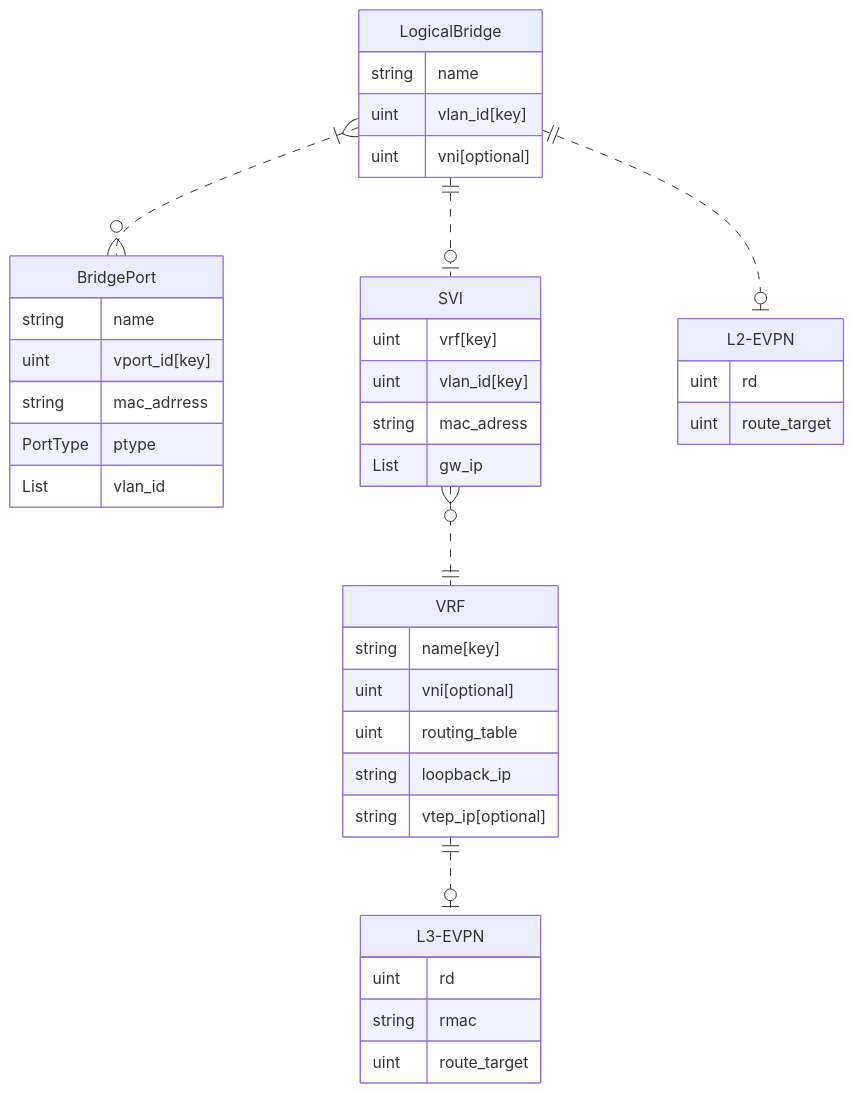
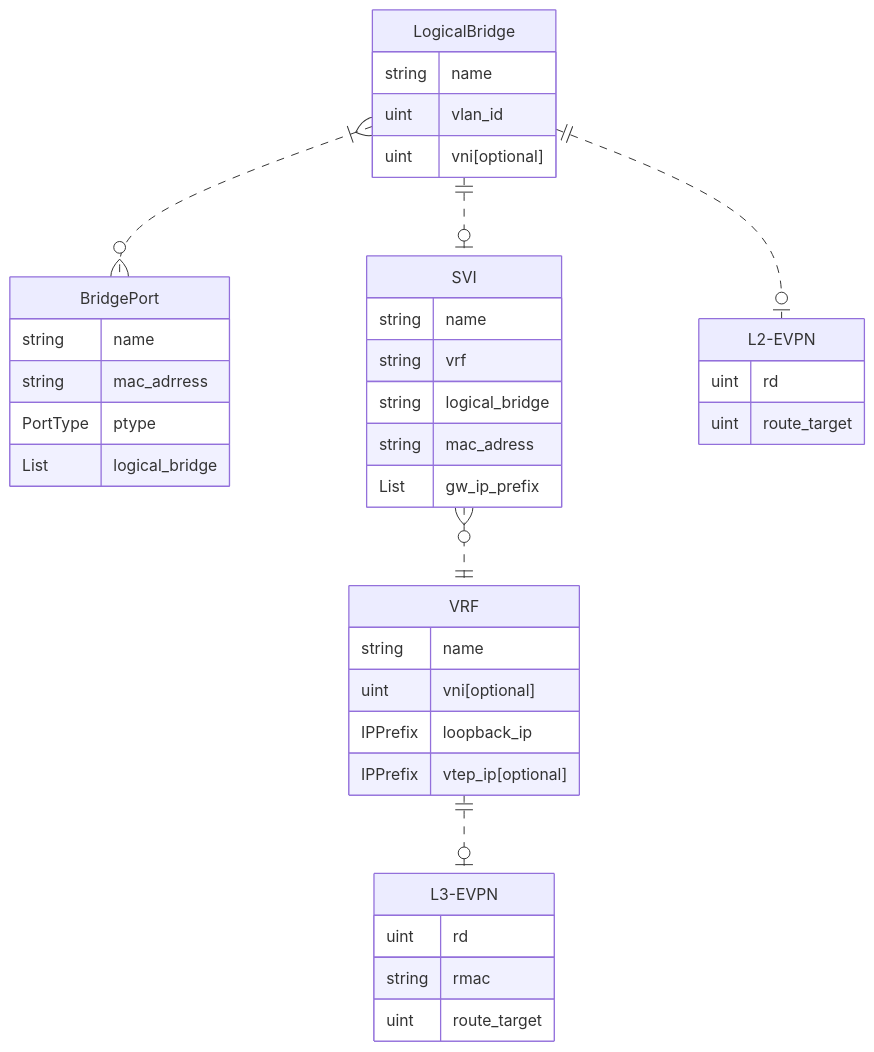
The diagram in network/evpn-gw/README.md (tedstreete/opi-api), drawn with Mermaid before and after one commit. The commit also changed other lines of this file and 76 other files, not shown here.

````diff
--- a/network/evpn-gw/README.md
+++ b/network/evpn-gw/README.md
@@ -15,42 +15,41 @@
 ```mermaid
 erDiagram
     LogicalBridge }|..o{ BridgePort : ""
     LogicalBridge ||..o| SVI: ""
     SVI }o..|| VRF: ""
     LogicalBridge ||..o| L2-EVPN : ""
     VRF ||..o| L3-EVPN : ""
     LogicalBridge{
         string name
-        uint vlan_id[key]
+        uint vlan_id
         uint vni[optional]
     }
     BridgePort{
         string name
-        uint vport_id[key]
         string mac_adrress
         PortType ptype
-        List vlan_id
+        List logical_bridge
     }
     VRF{
-        string name[key]
+        string name
         uint vni[optional]
-        uint routing_table
-        string loopback_ip
-        string vtep_ip[optional]
+        IPPrefix loopback_ip
+        IPPrefix vtep_ip[optional]
     }
      L3-EVPN{
         uint rd
         string rmac
         uint route_target
     }
     L2-EVPN{
         uint rd
         uint route_target
     }
     SVI{
-      uint vrf[key]
-      uint vlan_id[key]
+      string name
+      string vrf
+      string logical_bridge
       string mac_adress
-      List gw_ip
+      List gw_ip_prefix
     }
 ```
````
